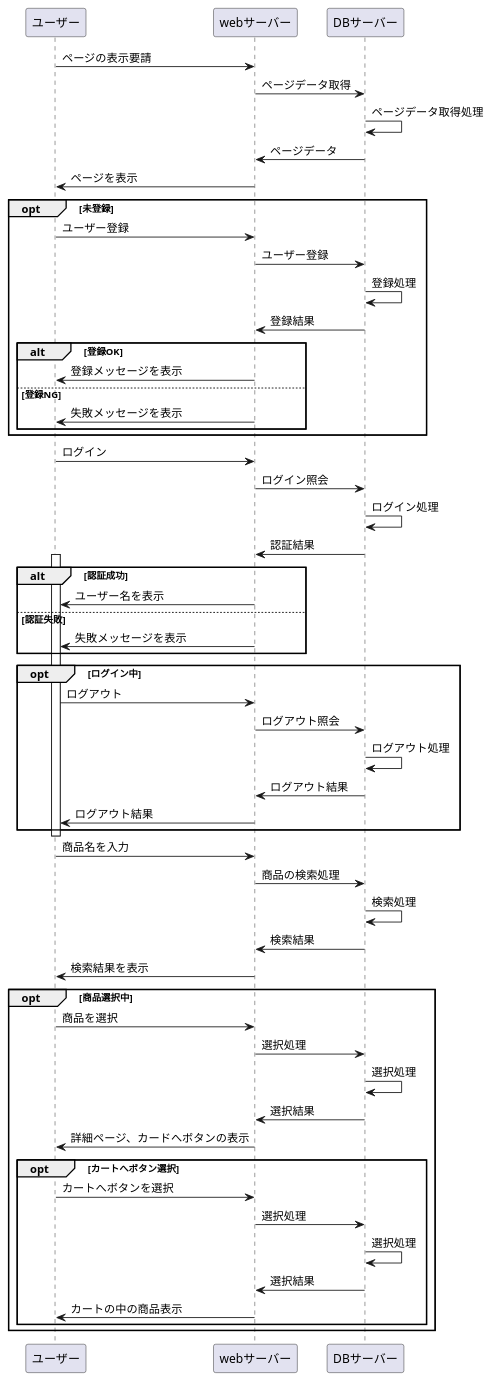
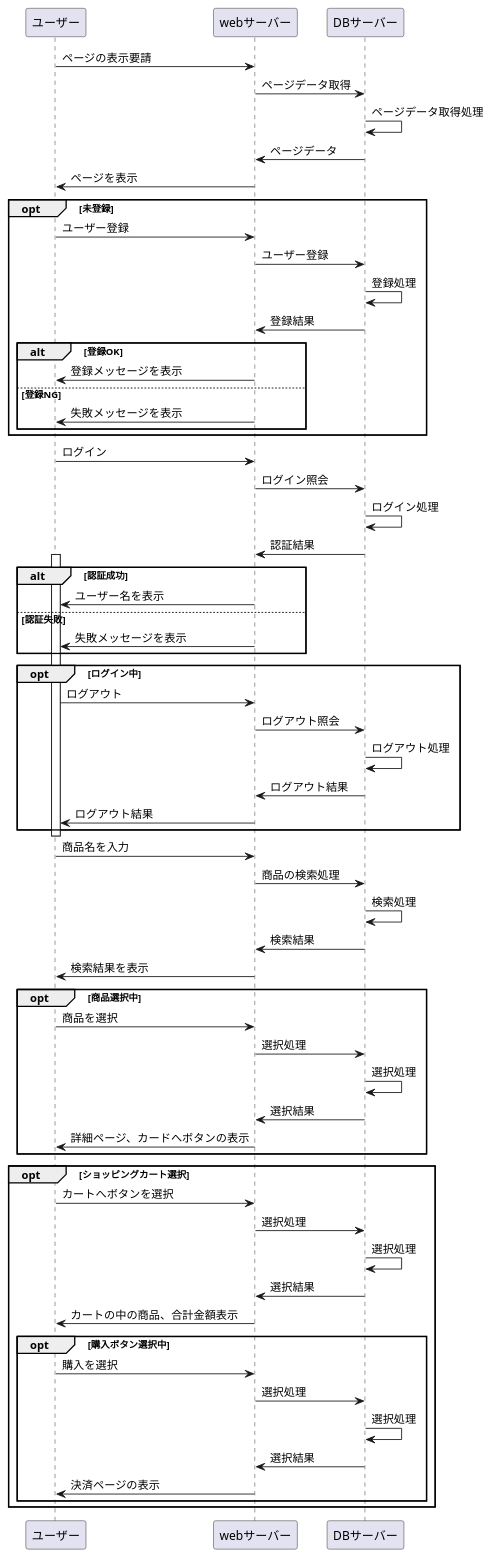
The diagram in kadai8.md (Aso2001019/2021sys-design), drawn with PlantUML before and after one commit.

```diff
--- a/kadai8.md
+++ b/kadai8.md
@@ -64,13 +64,23 @@
 DBサーバー -> webサーバー : 選択結果
 webサーバー -> ユーザー : 詳細ページ、カードへボタンの表示
 
-opt カートへボタン選択
+end
+
+opt ショッピングカート選択
 
 ユーザー -> webサーバー : カートへボタンを選択
 webサーバー -> DBサーバー : 選択処理
 DBサーバー -> DBサーバー : 選択処理
 DBサーバー -> webサーバー : 選択結果
-webサーバー -> ユーザー : カートの中の商品表示
+webサーバー -> ユーザー : カートの中の商品、合計金額表示
+
+opt 購入ボタン選択中
+
+ユーザー -> webサーバー : 購入を選択
+webサーバー -> DBサーバー : 選択処理
+DBサーバー -> DBサーバー : 選択処理
+DBサーバー -> webサーバー : 選択結果
+webサーバー -> ユーザー : 決済ページの表示
 
 end
 
```
